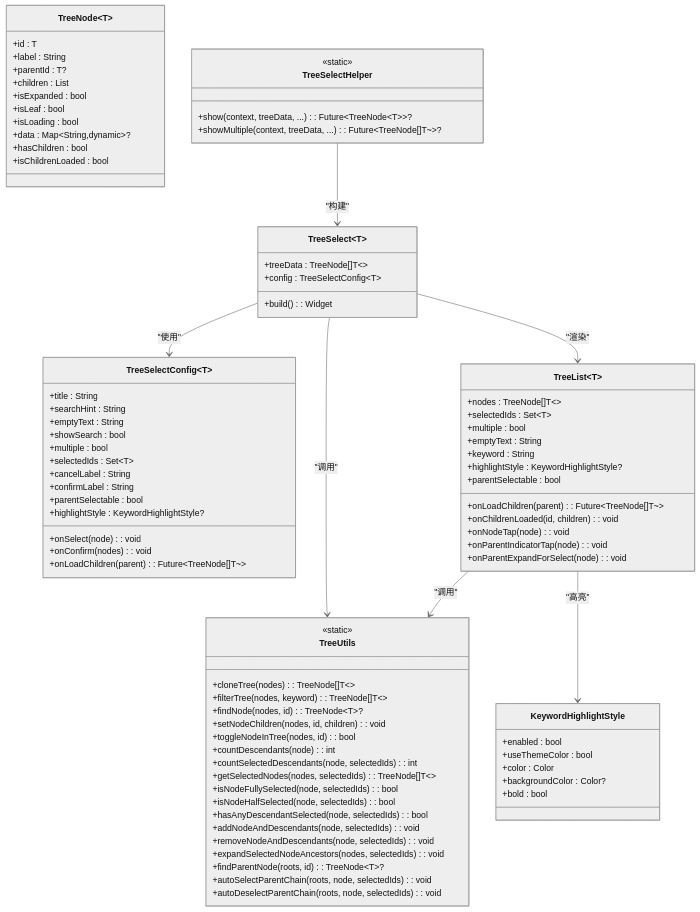
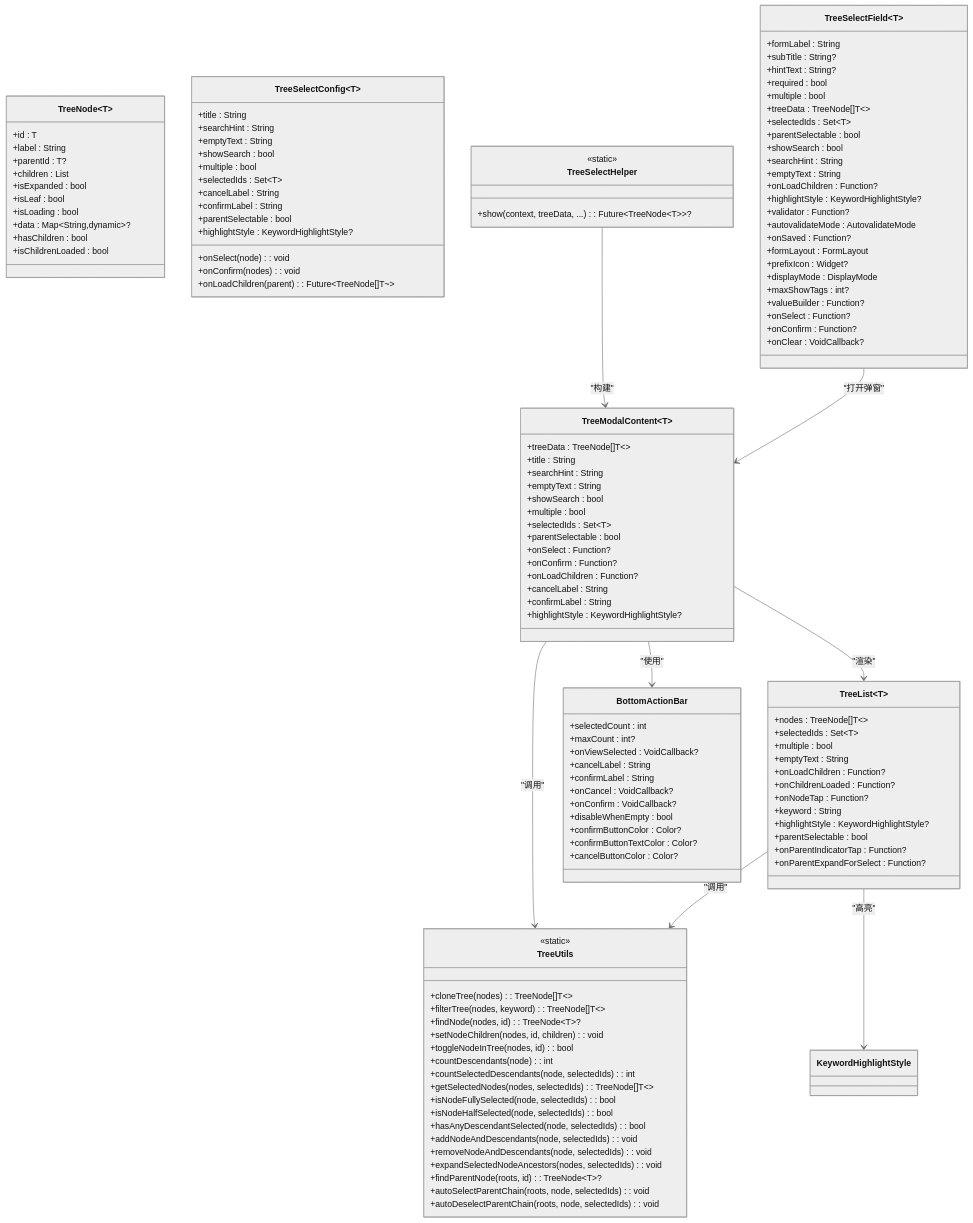
One commit to yuzhido/lite-ui changed the second of 3 diagrams in .qoder/repowiki/zh/content/API 参考/高级组件 API/TreeSelect 树形选择器 API.md. Above: the diagram before and after it, drawn with Mermaid (neutral theme). The commit also changed other lines of this file and 22 other files, not shown here.

````diff
--- a/.qoder/repowiki/zh/content/API 参考/高级组件 API/TreeSelect 树形选择器 API.md
+++ b/.qoder/repowiki/zh/content/API 参考/高级组件 API/TreeSelect 树形选择器 API.md
@@ -107,24 +119,61 @@
 +parentSelectable : bool
 +highlightStyle : KeywordHighlightStyle?
 }
-class TreeSelect~T~ {
+class TreeSelectField~T~ {
++formLabel : String
++subTitle : String?
++hintText : String?
++required : bool
++multiple : bool
 +treeData : TreeNode[]T~~
-+config : TreeSelectConfig~T~
-+build() : Widget
++selectedIds : Set~T~
++parentSelectable : bool
++showSearch : bool
++searchHint : String
++emptyText : String
++onLoadChildren : Function?
++highlightStyle : KeywordHighlightStyle?
++validator : Function?
++autovalidateMode : AutovalidateMode
++onSaved : Function?
++formLayout : FormLayout
++prefixIcon : Widget?
++displayMode : DisplayMode
++maxShowTags : int?
++valueBuilder : Function?
++onSelect : Function?
++onConfirm : Function?
++onClear : VoidCallback?
+}
+class TreeModalContent~T~ {
++treeData : TreeNode[]T~~
++title : String
++searchHint : String
++emptyText : String
++showSearch : bool
++multiple : bool
++selectedIds : Set~T~
++parentSelectable : bool
++onSelect : Function?
++onConfirm : Function?
++onLoadChildren : Function?
++cancelLabel : String
++confirmLabel : String
++highlightStyle : KeywordHighlightStyle?
 }
 class TreeList~T~ {
 +nodes : TreeNode[]T~~
 +selectedIds : Set~T~
 +multiple : bool
 +emptyText : String
-+onLoadChildren(parent) : Future~TreeNode[]T~~
-+onChildrenLoaded(id, children) : void
-+onNodeTap(node) : void
++onLoadChildren : Function?
++onChildrenLoaded : Function?
++onNodeTap : Function?
 +keyword : String
 +highlightStyle : KeywordHighlightStyle?
 +parentSelectable : bool
-+onParentIndicatorTap(node) : void
-+onParentExpandForSelect(node) : void
++onParentIndicatorTap : Function?
++onParentExpandForSelect : Function?
 }
 class TreeUtils {
 <<static>>
@@ -149,19 +198,25 @@
 class TreeSelectHelper {
 <<static>>
 +show(context, treeData, ...) : Future~TreeNode~T~~?
-+showMultiple(context, treeData, ...) : Future~TreeNode[]T~~?
 }
-class KeywordHighlightStyle {
-+enabled : bool
-+useThemeColor : bool
-+color : Color
-+backgroundColor : Color?
-+bold : bool
+class BottomActionBar {
++selectedCount : int
++maxCount : int?
++onViewSelected : VoidCallback?
++cancelLabel : String
++confirmLabel : String
++onCancel : VoidCallback?
++onConfirm : VoidCallback?
++disableWhenEmpty : bool
++confirmButtonColor : Color?
++confirmButtonTextColor : Color?
++cancelButtonColor : Color?
 }
-TreeSelect~T~ --> TreeSelectConfig~T~ : "使用"
-TreeSelect~T~ --> TreeList~T~ : "渲染"
+TreeSelectField~T~ --> TreeModalContent~T~ : "打开弹窗"
+TreeModalContent~T~ --> TreeList~T~ : "渲染"
+TreeModalContent~T~ --> BottomActionBar : "使用"
 TreeList~T~ --> TreeUtils : "调用"
-TreeSelect~T~ --> TreeUtils : "调用"
-TreeSelectHelper --> TreeSelect~T~ : "构建"
+TreeModalContent~T~ --> TreeUtils : "调用"
+TreeSelectHelper --> TreeModalContent~T~ : "构建"
 TreeList~T~ --> KeywordHighlightStyle : "高亮"
 ```
````
